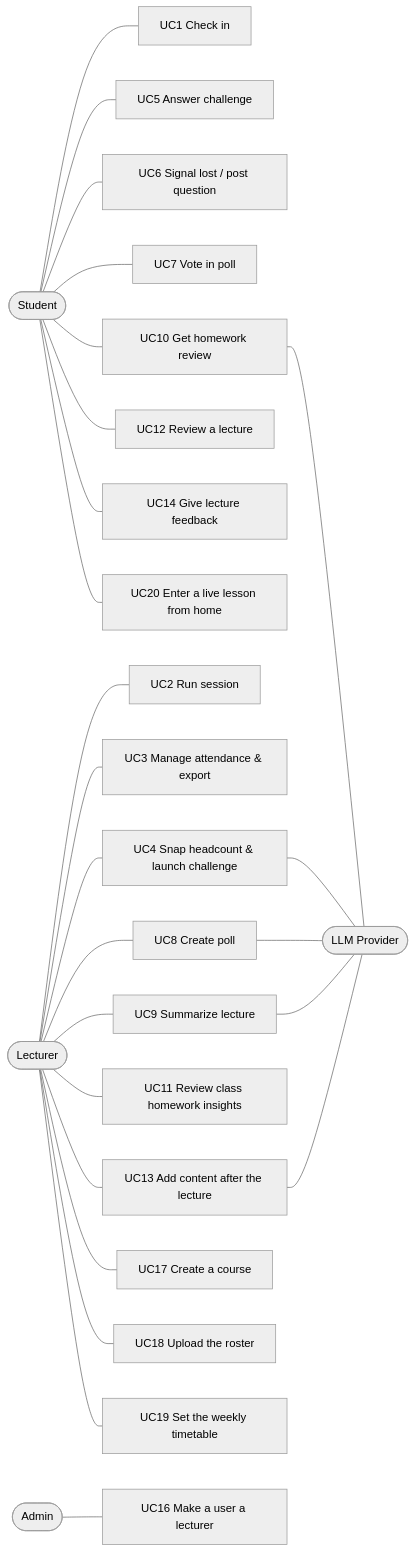
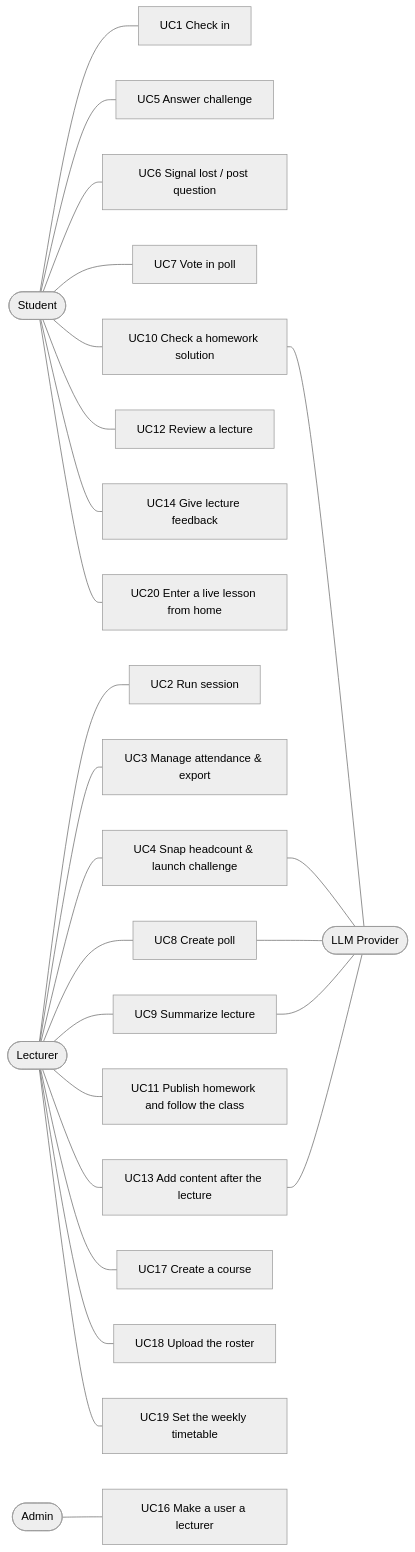
One commit to GiladApel/classpulse changed the diagram in docs/04-use-cases.md. Above: the diagram before and after it, drawn with Mermaid (neutral theme). The commit also changed other lines of this file, not shown here.

Commit message:
docs(usecases): check a homework solution; publish homework and follow the class

````diff
--- a/docs/04-use-cases.md
+++ b/docs/04-use-cases.md
@@ -5,27 +5,27 @@
 ```mermaid
 flowchart LR
   S([Student]) --- UC1[UC1 Check in]
   S --- UC5[UC5 Answer challenge]
   S --- UC6[UC6 Signal lost / post question]
   S --- UC7[UC7 Vote in poll]
-  S --- UC10[UC10 Get homework review]
+  S --- UC10[UC10 Check a homework solution]
   S --- UC12[UC12 Review a lecture]
   S --- UC14[UC14 Give lecture feedback]
   S --- UC20[UC20 Enter a live lesson from home]
   L([Lecturer]) --- UC2[UC2 Run session]
   L --- UC3[UC3 Manage attendance & export]
   L --- UC4[UC4 Snap headcount & launch challenge]
   L --- UC8[UC8 Create poll]
   L --- UC9[UC9 Summarize lecture]
-  L --- UC11[UC11 Review class homework insights]
+  L --- UC11[UC11 Publish homework and follow the class]
   L --- UC13[UC13 Add content after the lecture]
   L --- UC17[UC17 Create a course]
   L --- UC18[UC18 Upload the roster]
   L --- UC19[UC19 Set the weekly timetable]
   A([Admin]) --- UC16[UC16 Make a user a lecturer]
   UC13 --- AI
   UC4 --- AI([LLM Provider])
   UC8 --- AI
   UC9 --- AI
   UC10 --- AI
 ```
````
